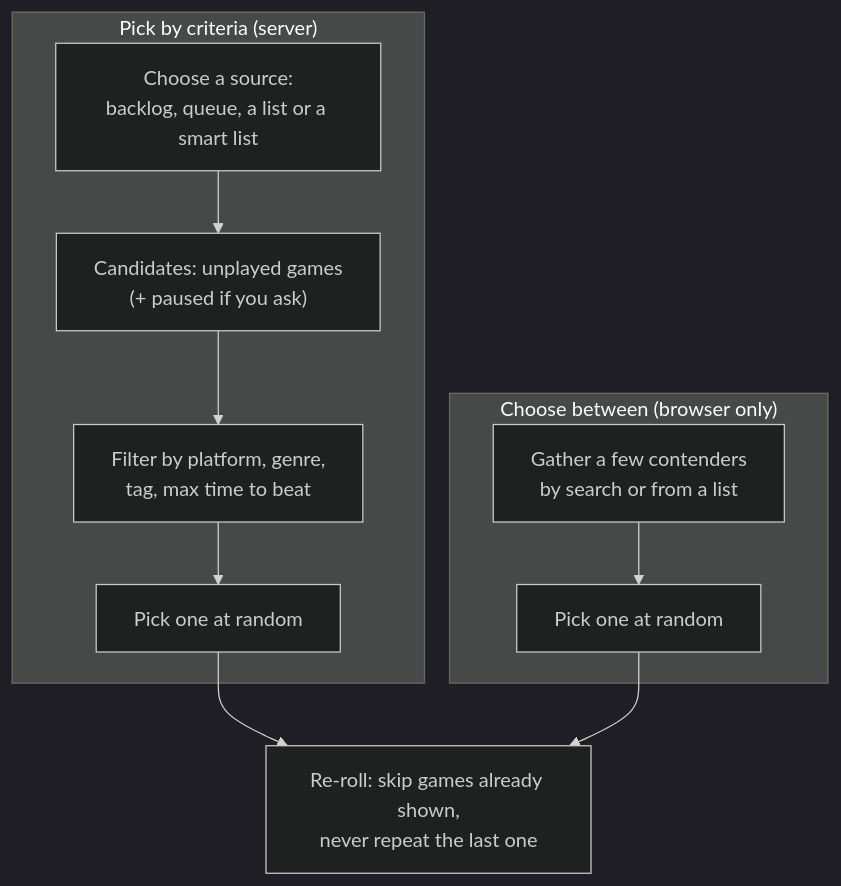
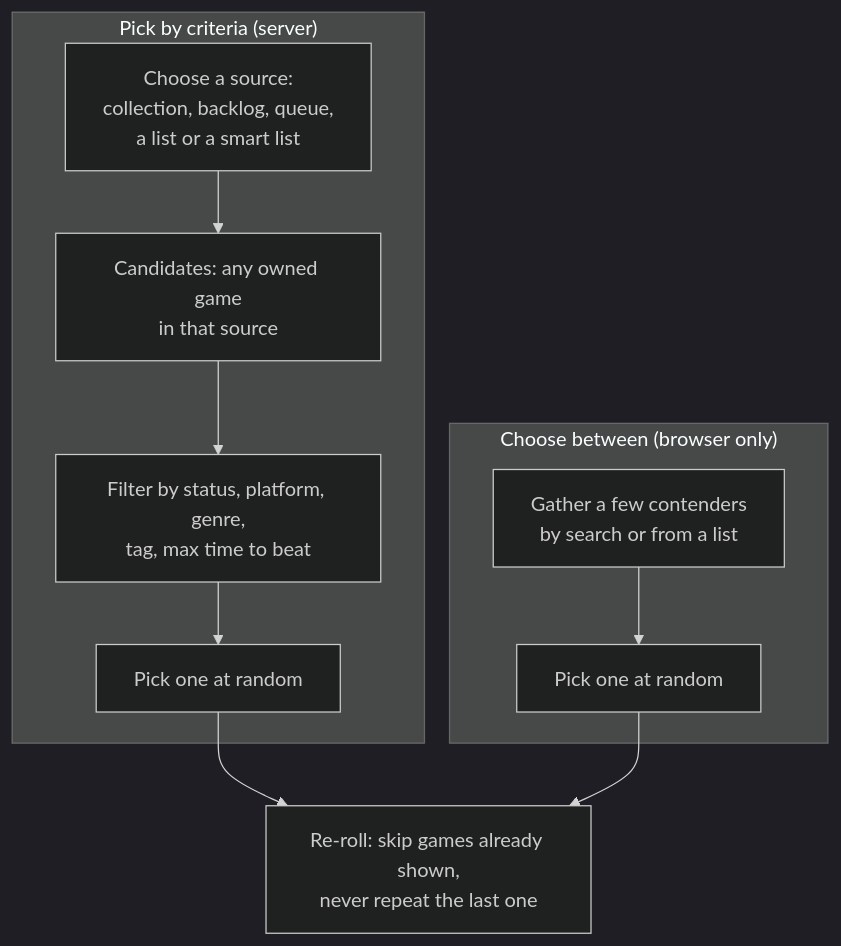
Diagram 12 of 21 in OVERVIEW.md (joeattardi/gamequeue), drawn with Mermaid (dark theme) before and after one commit. The commit also changed 8 other files, not shown here.

Commit message:
Pick: any status by default, optional status filter; explain empty results

````diff
--- a/OVERVIEW.md
+++ b/OVERVIEW.md
@@ -481,13 +481,13 @@
 ```mermaid
 flowchart TD
     subgraph criteria["Pick by criteria (server)"]
-        S1["Choose a source:<br/>backlog, queue, a list or a smart list"] --> S2["Candidates: unplayed games<br/>(+ paused if you ask)"]
-        S2 --> S3["Filter by platform, genre,<br/>tag, max time to beat"]
+        S1["Choose a source:<br/>collection, backlog, queue,<br/>a list or a smart list"] --> S2["Candidates: any owned game<br/>in that source"]
+        S2 --> S3["Filter by status, platform, genre,<br/>tag, max time to beat"]
         S3 --> S4["Pick one at random"]
     end
     subgraph choose["Choose between (browser only)"]
         C1["Gather a few contenders<br/>by search or from a list"] --> C2["Pick one at random"]
     end
     S4 --> R["Re-roll: skip games already shown,<br/>never repeat the last one"]
     C2 --> R
 ```
````
